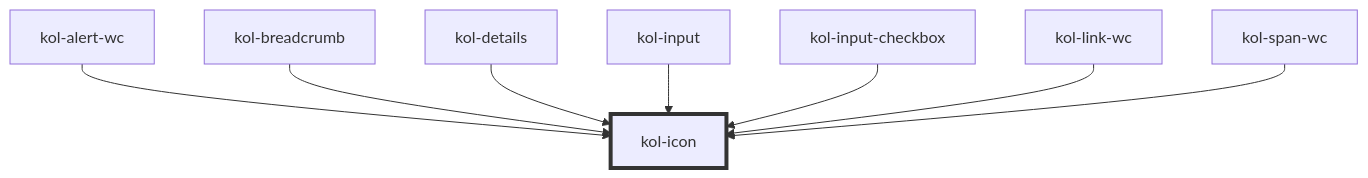
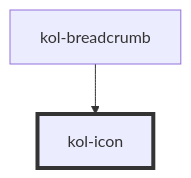
One commit to public-ui/kolibri changed the diagram in packages/components/src/components/icon/readme.md. Above: the diagram before and after it, drawn with Mermaid. The commit also changed other lines of this file and 90 other files, not shown here.

````diff
--- a/packages/components/src/components/icon/readme.md
+++ b/packages/components/src/components/icon/readme.md
@@ -74,11 +68,5 @@
 ```mermaid
 graph TD;
-  kol-alert-wc --> kol-icon
   kol-breadcrumb --> kol-icon
-  kol-details --> kol-icon
-  kol-input --> kol-icon
-  kol-input-checkbox --> kol-icon
-  kol-link-wc --> kol-icon
-  kol-span-wc --> kol-icon
   style kol-icon stroke:#333,stroke-width:4px
 ```
````
